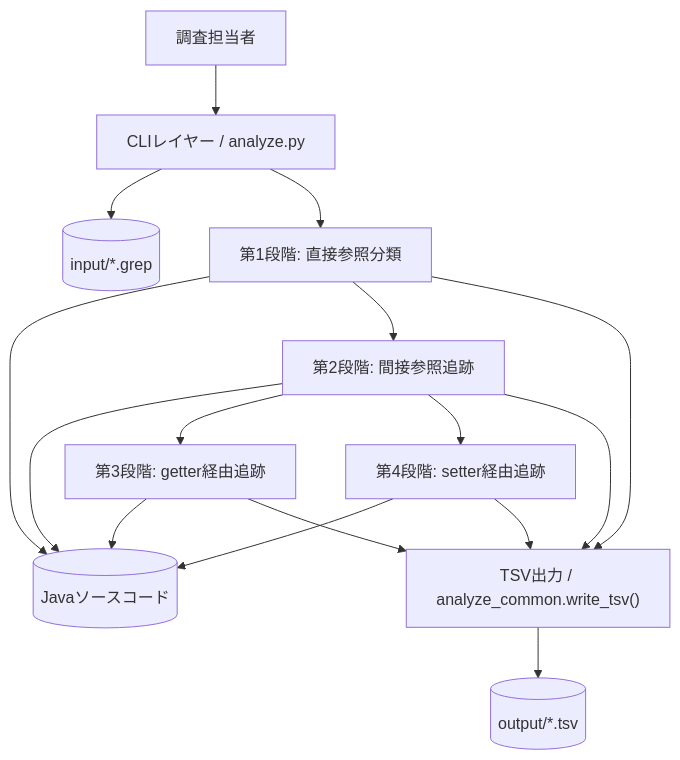
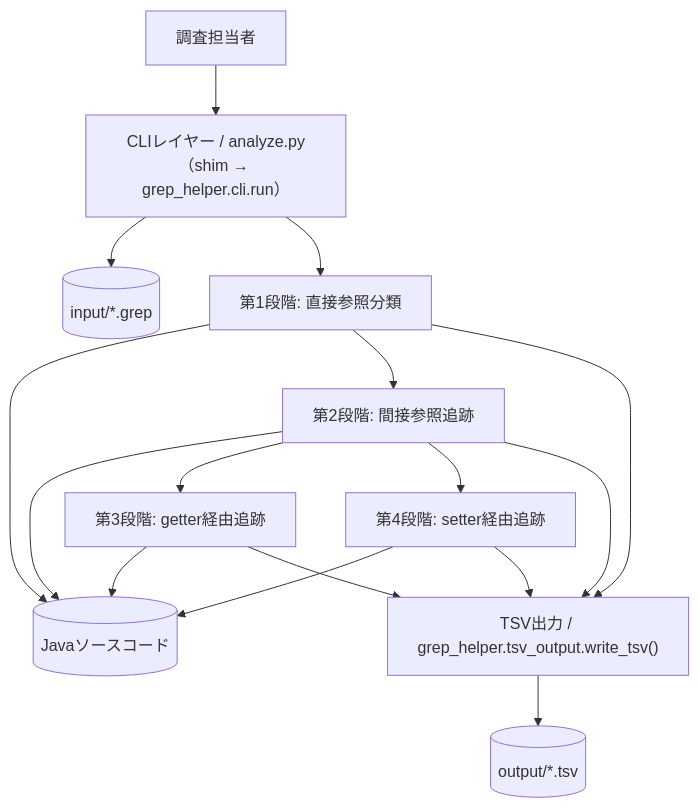
Before and after one commit to AkiraIsozaki/grep_helper_superpowers: the first of 5 diagrams in docs/functional-design.md, drawn with Mermaid. The commit also changed other lines of this file and 7 other files, not shown here.

First line of the commit message:
docs(phase8): rewrite docs for new grep_helper package structure

````diff
--- a/docs/functional-design.md
+++ b/docs/functional-design.md
@@ -7,29 +7,29 @@
 ```mermaid
 graph TB
     User[調査担当者]
-    CLI["CLIレイヤー / analyze.py"]
+    CLI["CLIレイヤー / analyze.py（shim → grep_helper.cli.run）"]
     Stage1[第1段階: 直接参照分類]
     Stage2[第2段階: 間接参照追跡]
     Stage3[第3段階: getter経由追跡]
     Stage4[第4段階: setter経由追跡]
-    Output["TSV出力 / analyze_common.write_tsv()"]
+    Output["TSV出力 / grep_helper.tsv_output.write_tsv()"]
     GrepFiles[("input/*.grep")]
     JavaSrc[("Javaソースコード")]
     TSVFiles[("output/*.tsv")]
 
     User --> CLI
     CLI --> GrepFiles
     CLI --> Stage1
     Stage1 --> JavaSrc
     Stage1 --> Stage2
     Stage2 --> JavaSrc
     Stage2 --> Stage3
     Stage2 --> Stage4
     Stage3 --> JavaSrc
     Stage4 --> JavaSrc
     Stage1 --> Output
     Stage2 --> Output
     Stage3 --> Output
     Stage4 --> Output
     Output --> TSVFiles
 ```
````
